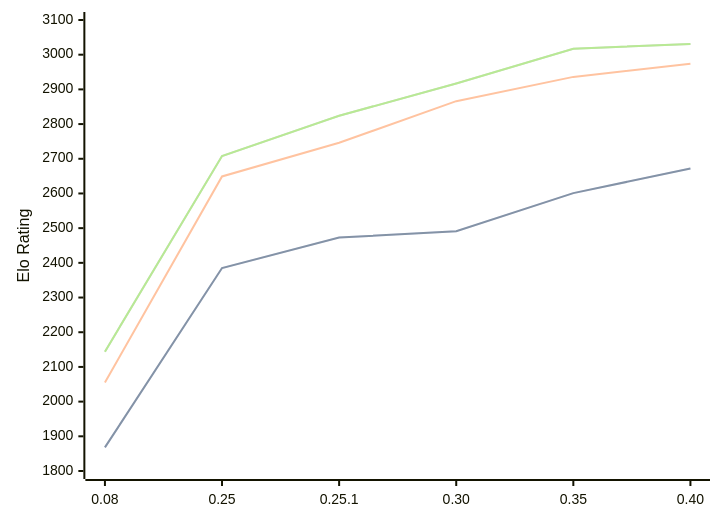
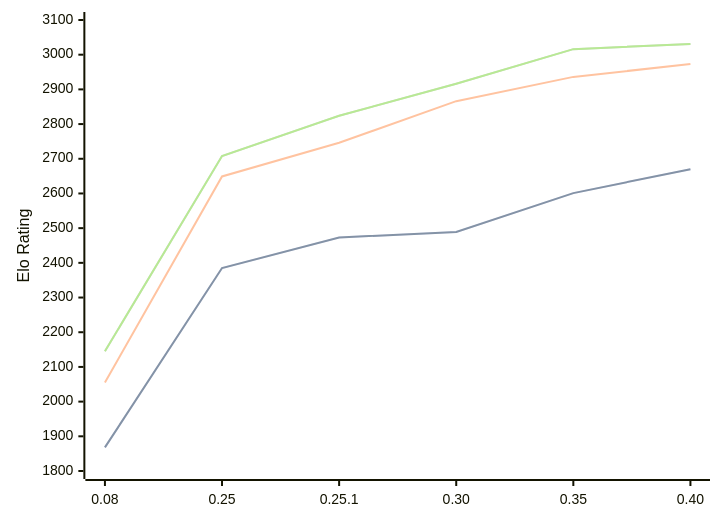
Before and after one commit to computer-chess-index/cci: the diagram in engines/Gecko.md, drawn with Mermaid. The commit also changed other lines of this file, not shown here.

Commit message:
Update CCI Ratings (ELO VLTC) - 2026-07-28

````diff
--- a/engines/Gecko.md
+++ b/engines/Gecko.md
@@ -36,11 +36,11 @@
 ```mermaid
 %%{init: {"theme":"base","themeVariables":{"seriesColors:['#a3a3a3','#222221','#faa371']}}}%%
 xychart-beta
   x-axis ["0.08", "0.25", "0.25.1", "0.30", "0.35", "0.40"]
   y-axis "Elo Rating" 1800 --> 3100
-  line "STC (8.0+0.08s)" [1868, 2385, 2473, 2491, 2601, 2672]
-  line "STC (8.0+0.08s)" [1868, 2385, 2473, 2491, 2601, 2672]
-  line "LTC (60.0+0.60s)" [2055, 2649, 2746, 2866, 2936, 2974]
-  line "VLTC (2m24s+1.12s)" [2144, 2708, 2824, 2917, 3017, 3031]
-  line "VLTC (2m24s+1.12s)" [2144, 2708, 2824, 2917, 3017, 3031]
+  line "STC (8.0+0.08s)" [1868, 2385, 2473, 2489, 2601, 2670]
+  line "STC (8.0+0.08s)" [1868, 2385, 2473, 2489, 2601, 2670]
+  line "LTC (60.0+0.60s)" [2055, 2649, 2746, 2866, 2936, 2973]
+  line "VLTC (2m24s+1.12s)" [2145, 2708, 2824, 2916, 3016, 3031]
+  line "VLTC (2m24s+1.12s)" [2145, 2708, 2824, 2916, 3016, 3031]
 ```
````
